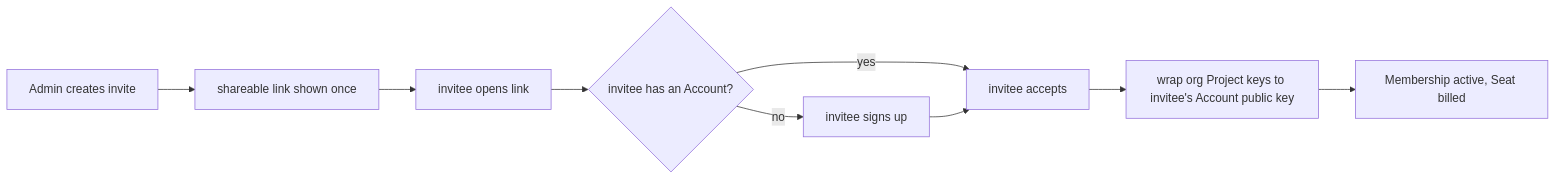
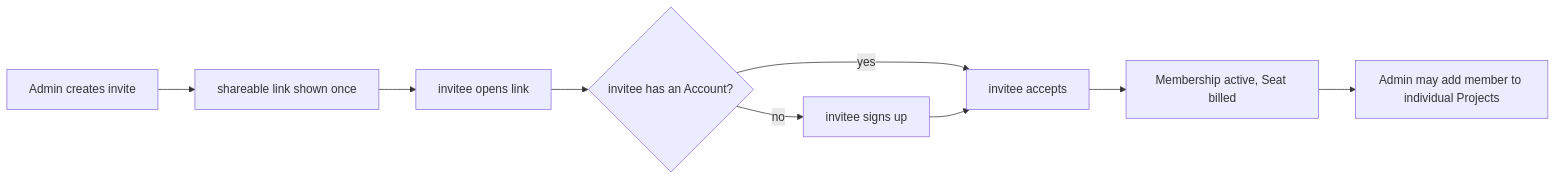
One commit to cognos-io/chat.cognos.io changed the diagram in docs/business_processes/org-seat-management.md. Above: the diagram before and after it, drawn with Mermaid. The commit also changed other lines of this file and 221 other files, not shown here.

````diff
--- a/docs/business_processes/org-seat-management.md
+++ b/docs/business_processes/org-seat-management.md
@@ -24,11 +23,11 @@
 ```mermaid
 flowchart LR
   A[Admin creates invite] --> B[shareable link shown once]
   B --> C[invitee opens link]
   C --> D{invitee has an Account?}
   D -- no --> E[invitee signs up]
   D -- yes --> F[invitee accepts]
   E --> F
-  F --> G[wrap org Project keys to invitee's Account public key]
-  G --> H[Membership active, Seat billed]
+  F --> G[Membership active, Seat billed]
+  G --> H[Admin may add member to individual Projects]
 ```
````
